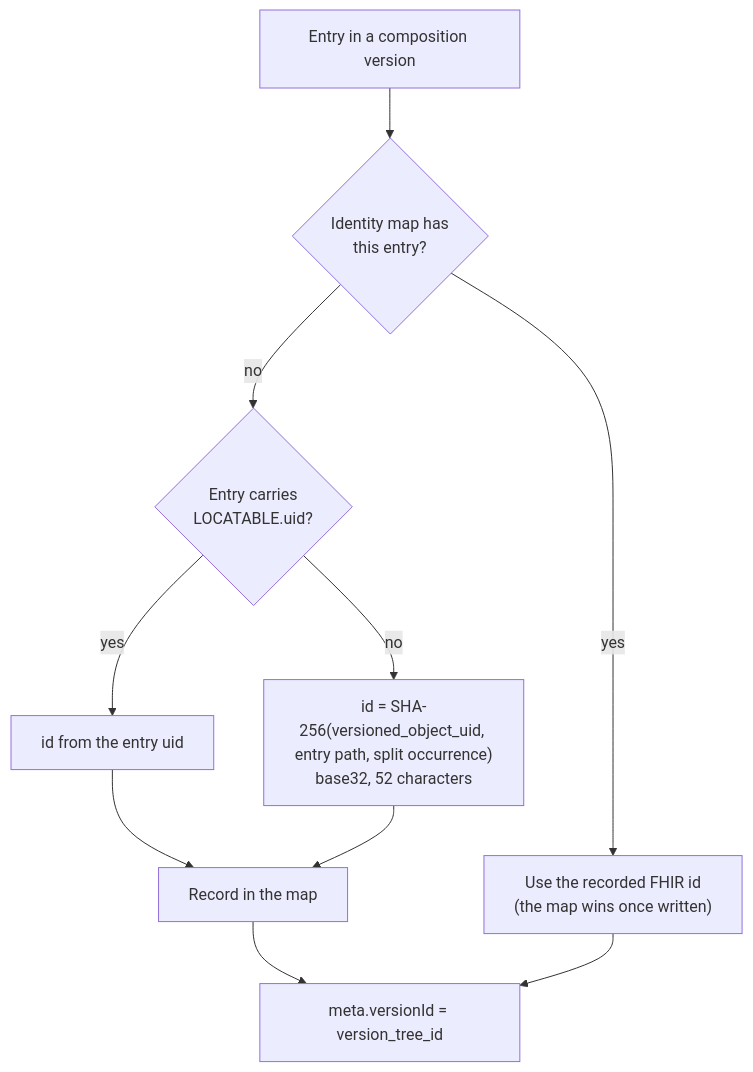
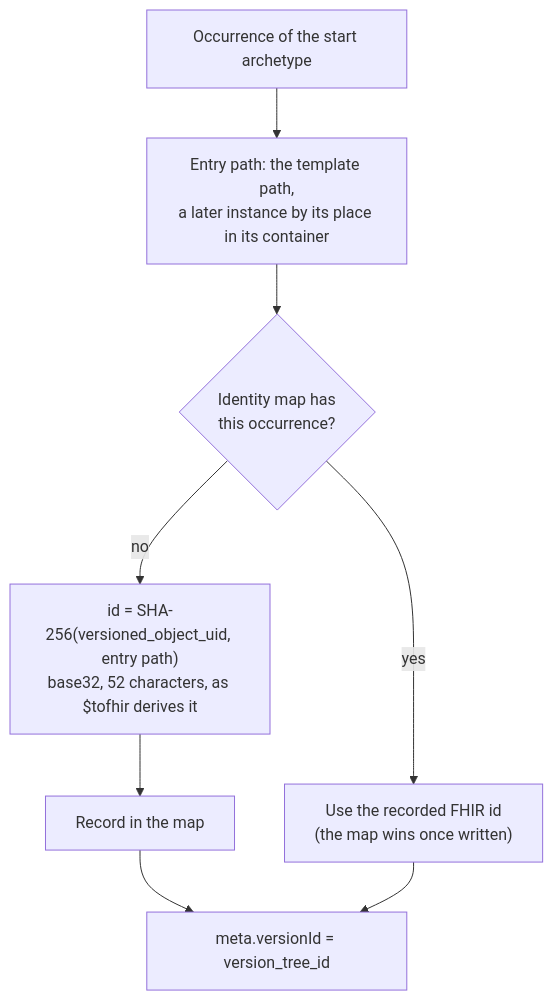
The ninth of 10 diagrams in docs/architecture.md (FerroHEALTH/FerroBRIDGE), drawn with Mermaid before and after one commit. The commit also changed other lines of this file and 45 other files, not shown here.

First line of the commit message:
feat(server): the facade addresses every occurrence by the id $tofhir gives it (#1337)

````diff
--- a/docs/architecture.md
+++ b/docs/architecture.md
@@ -2332,12 +2324,10 @@
   ```mermaid
   flowchart TB
-      E["Entry in a composition version"] --> M{"Identity map has<br/>this entry?"}
+      E["Occurrence of the start archetype"] --> P["Entry path: the template path,<br/>a later instance by its place in its container"]
+      P --> M{"Identity map has<br/>this occurrence?"}
       M -->|"yes"| K["Use the recorded FHIR id<br/>(the map wins once written)"]
-      M -->|"no"| U{"Entry carries<br/>LOCATABLE.uid?"}
-      U -->|"yes"| A["id from the entry uid"]
-      U -->|"no"| B["id = SHA-256(versioned_object_uid, entry path, split occurrence)<br/>base32, 52 characters"]
-      A --> W["Record in the map"]
-      B --> W
+      M -->|"no"| B["id = SHA-256(versioned_object_uid, entry path)<br/>base32, 52 characters, as $tofhir derives it"]
+      B --> W["Record in the map"]
       W --> V["meta.versionId = version_tree_id"]
       K --> V
   ```
````
